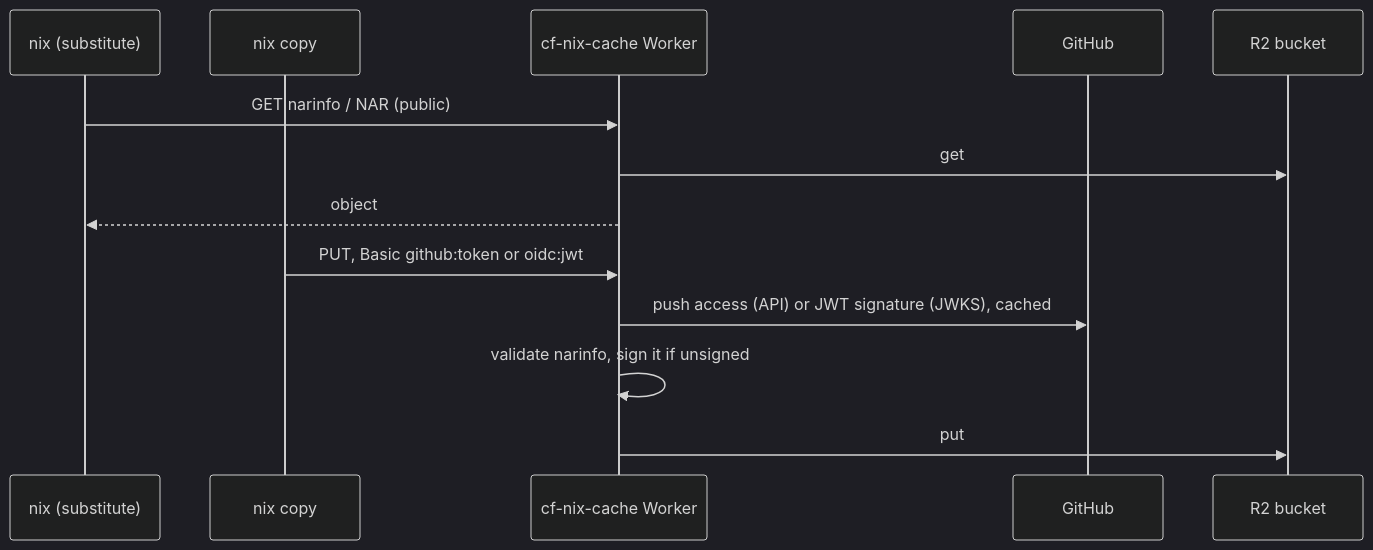
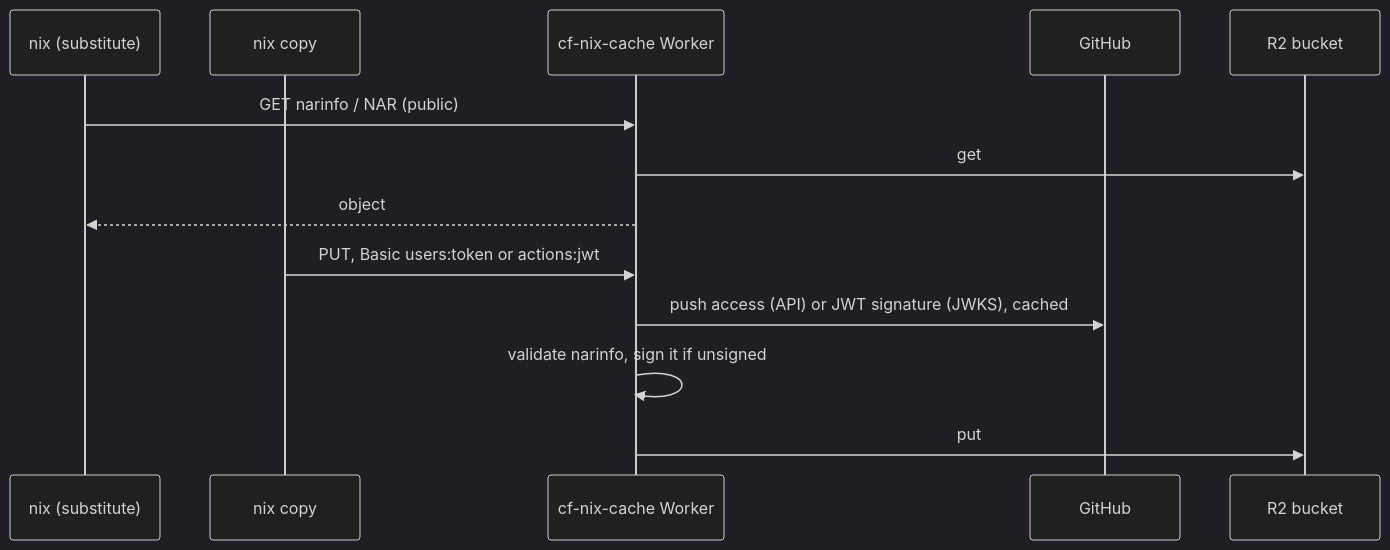
Before and after one commit to cf-contrib/cf-nix: the diagram in README.md, drawn with Mermaid (dark theme). The commit also changed other lines of this file and 15 other files, not shown here.

````diff
--- a/README.md
+++ b/README.md
@@ -38,16 +38,16 @@
 ```mermaid
 sequenceDiagram
     participant Reader as nix (substitute)
     participant Uploader as nix copy
     participant Worker as cf-nix-cache Worker
     participant GitHub as GitHub
     participant R2 as R2 bucket
 
     Reader->>Worker: GET narinfo / NAR (public)
     Worker->>R2: get
     Worker-->>Reader: object
-    Uploader->>Worker: PUT, Basic github:token or oidc:jwt
+    Uploader->>Worker: PUT, Basic users:token or actions:jwt
     Worker->>GitHub: push access (API) or JWT signature (JWKS), cached
     Worker->>Worker: validate narinfo, sign it if unsigned
     Worker->>R2: put
 ```
````
